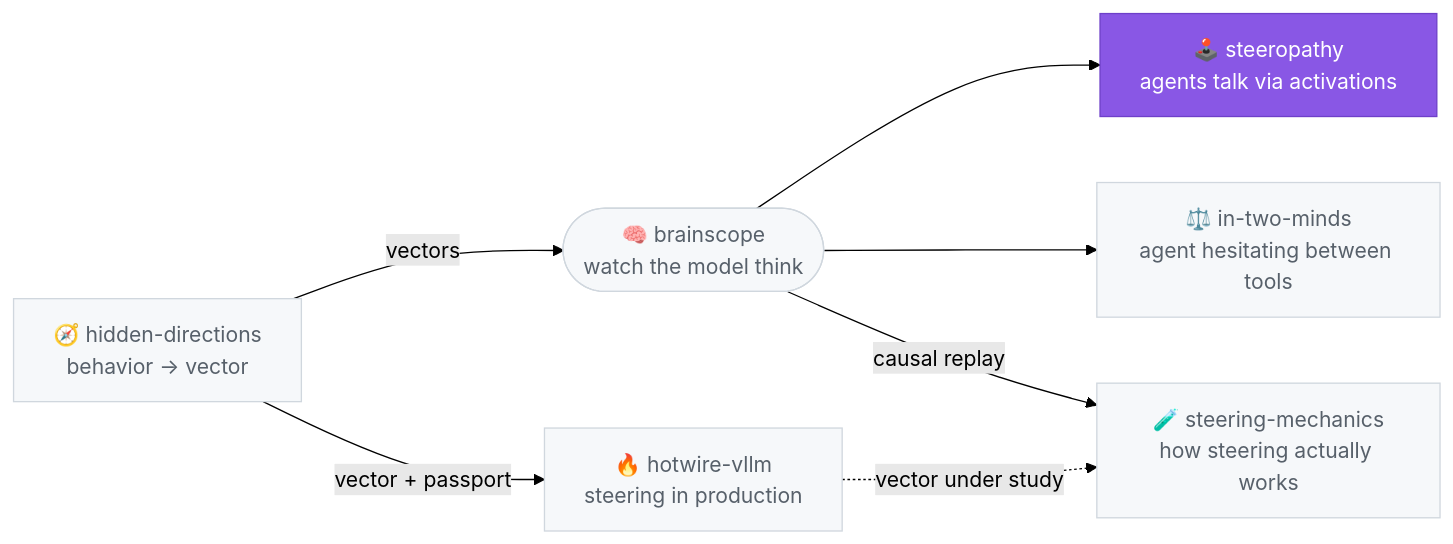
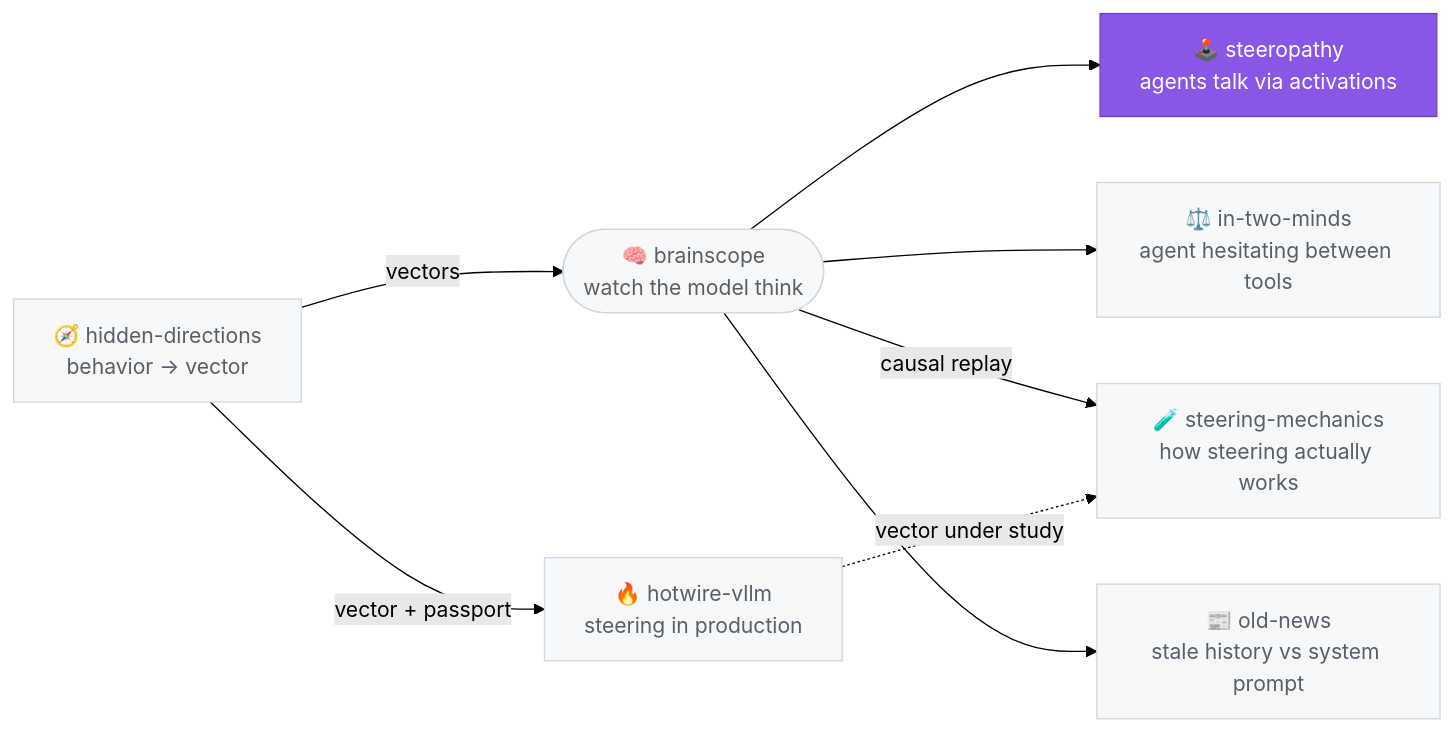
One commit to moudrkat/steeropathy changed the diagram in README.md. Above: the diagram before and after it, drawn with Mermaid (forest theme).

Commit message:
Add old-news to the lab map

````diff
--- a/README.md
+++ b/README.md
@@ -184,28 +184,31 @@
 ```mermaid
 flowchart LR
     hd["🧭 hidden-directions<br/>behavior → vector"]
     bs(["🧠 brainscope<br/>watch the model think"])
     hw["🔥 hotwire-vllm<br/>steering in production"]
     st["🕹️ steeropathy<br/>agents talk via activations"]
     tm["⚖️ in-two-minds<br/>agent hesitating between tools"]
     sm["🧪 steering-mechanics<br/>how steering actually works"]
+    on["📰 old-news<br/>stale history vs system prompt"]
 
     hd -->|vectors| bs
     hd -->|vector + passport| hw
     bs --> st
     bs --> tm
     bs -->|causal replay| sm
+    bs --> on
     hw -.->|vector under study| sm
 
     click hd "https://github.com/moudrkat/hidden-directions"
     click bs "https://github.com/moudrkat/brainscope"
     click hw "https://github.com/moudrkat/hotwire-vllm"
     click st "https://github.com/moudrkat/steeropathy"
     click tm "https://github.com/moudrkat/in-two-minds"
     click sm "https://github.com/moudrkat/steering-mechanics"
+    click on "https://github.com/moudrkat/old-news"
 
     classDef dim fill:#f6f8fa,stroke:#d0d7de,color:#57606a;
     classDef here fill:#8957e5,stroke:#6e40c9,color:#ffffff;
-    class hd,bs,hw,st,tm,sm dim;
+    class hd,bs,hw,st,tm,sm,on dim;
     class st here;
 ```
````
